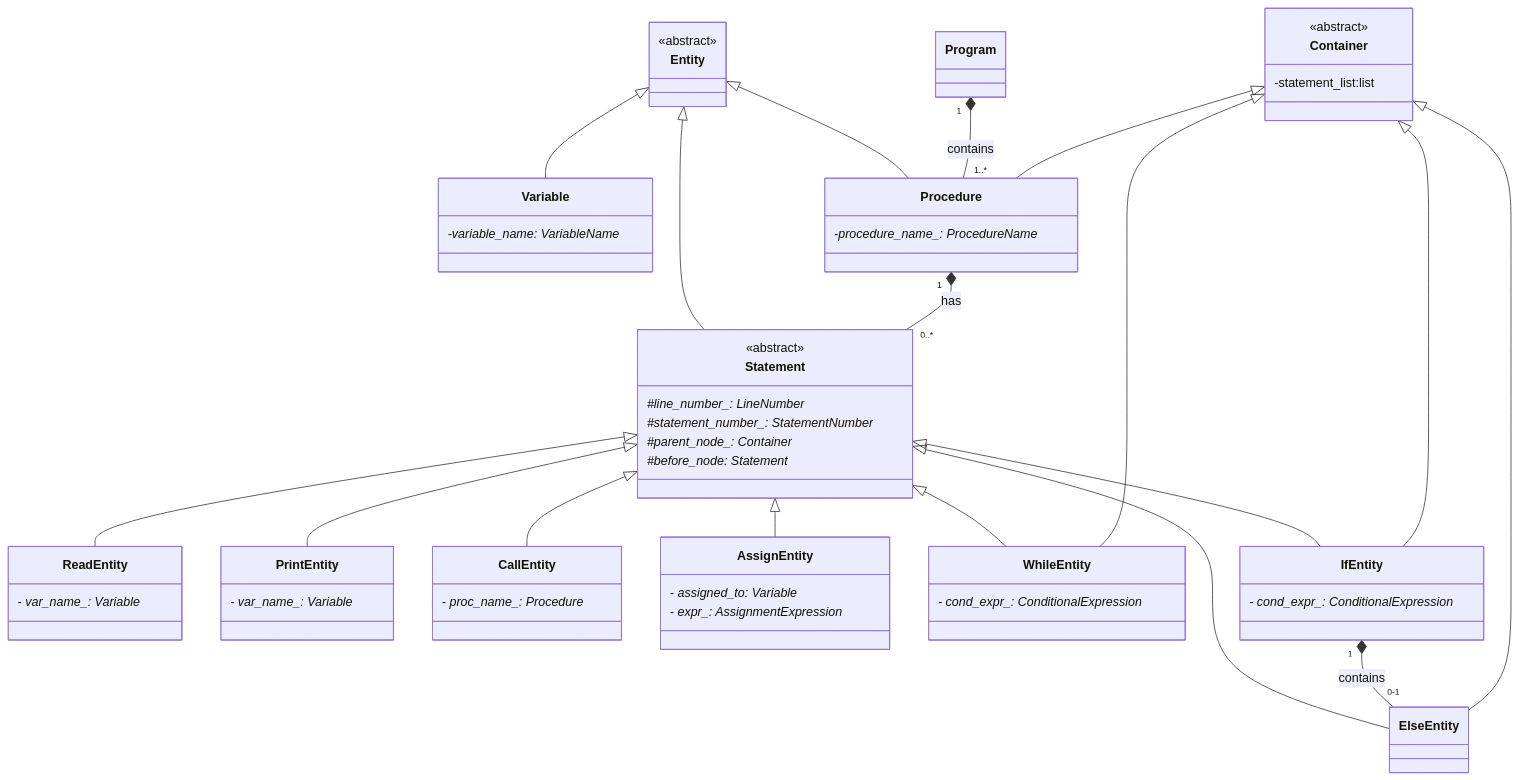
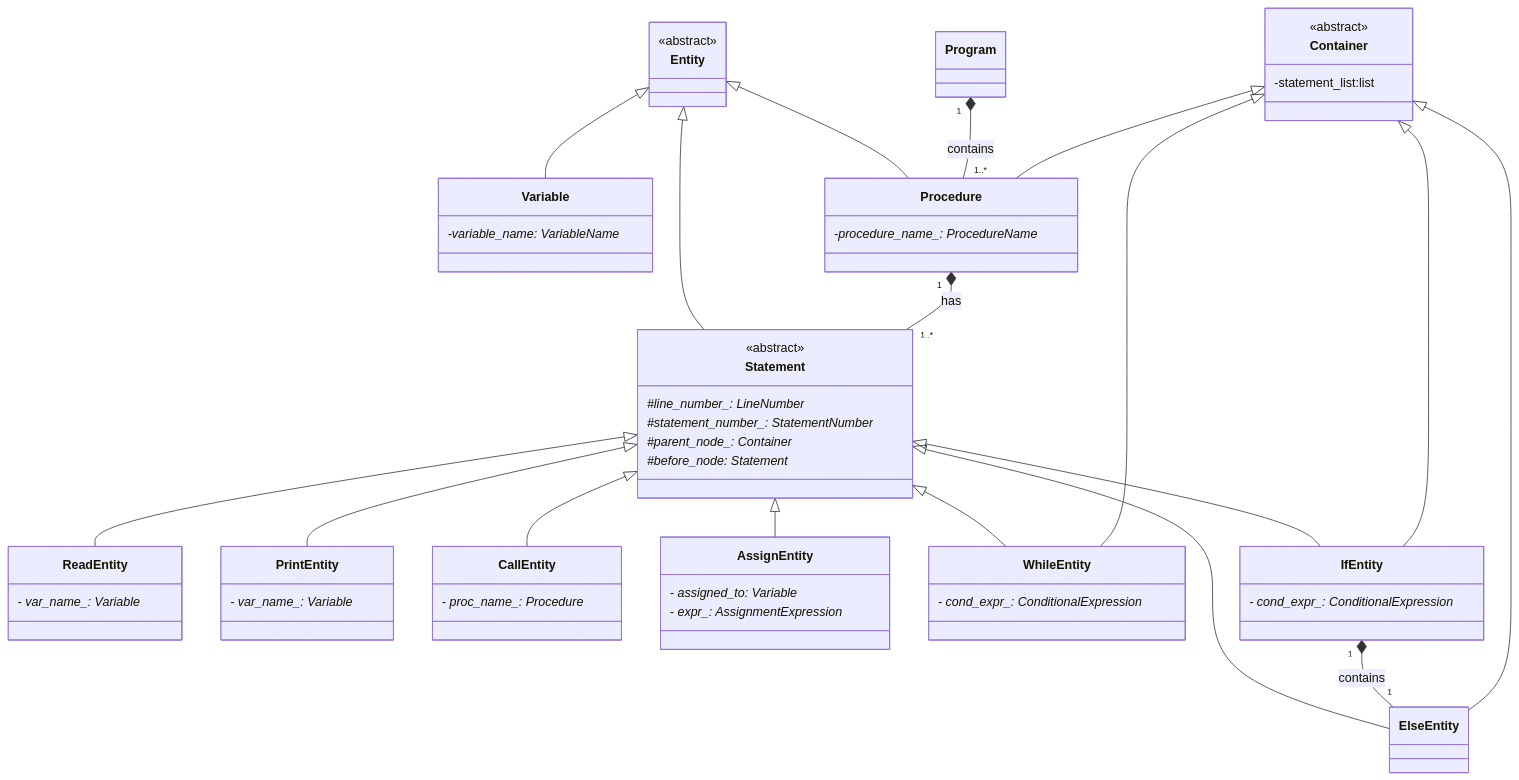
The diagram in docs/cd/Nodes.mmd (rtshkmr/CS3203-StaticProgramAnalyzer), drawn with Mermaid before and after one commit.

Commit message:
Update cd

```diff
--- a/docs/cd/Nodes.mmd
+++ b/docs/cd/Nodes.mmd
@@ -1,77 +1,77 @@
 classDiagram
 
     Entity <|-- Variable
     Entity <|-- Procedure
     Entity <|-- Statement
 
     Program "1" *-- "1..*" Procedure :contains
 
-    Procedure "1" *-- "0..*" Statement :has
+    Procedure "1" *-- "1..*" Statement :has
 
     Statement <|-- ReadEntity
     Statement <|-- PrintEntity
     Statement <|-- CallEntity
     Statement <|-- AssignEntity
     Statement <|-- WhileEntity
     Statement <|-- IfEntity
     Statement <|-- ElseEntity
 
     class Entity {
         <<abstract>>
     }
 
     class Container {
         <<abstract>> 
         -statement_list:list<Statement*>
     }
 
     class Variable {
         -variable_name: VariableName*
     }
 
     class Procedure {
         -procedure_name_: ProcedureName*
     }
 
     class Statement {
         <<abstract>>
         #line_number_: LineNumber*
         #statement_number_: StatementNumber*
         #parent_node_: Container*
         #before_node: Statement*
     }
 
     class ReadEntity {
         - var_name_: Variable*
     }
 
     class PrintEntity {
         - var_name_: Variable*
     }
 
     class CallEntity {
         - proc_name_: Procedure*
     }
 
     class AssignEntity {
         - assigned_to: Variable*
         - expr_: AssignmentExpression*
     }
 
     class WhileEntity {
         - cond_expr_: ConditionalExpression*
     }
 
     class IfEntity {
         - cond_expr_: ConditionalExpression*
     }
 
     class ElseEntity { }
     
-    IfEntity "1" *-- "0-1" ElseEntity :contains
+    IfEntity "1" *-- "1" ElseEntity :contains
 
 
     Container <|-- Procedure
     Container <|-- WhileEntity
     Container <|-- IfEntity
     Container <|-- ElseEntity
```
